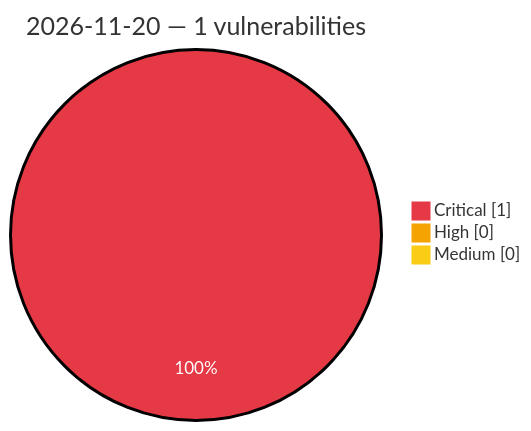
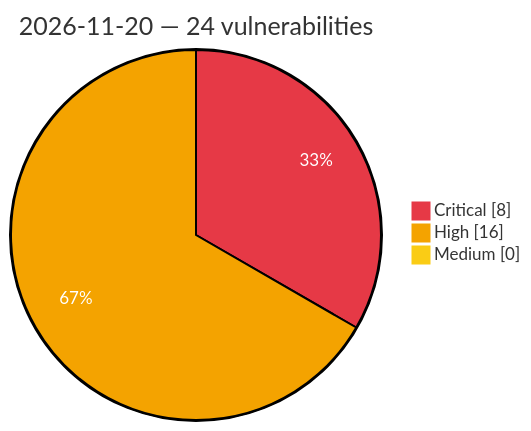
One commit to GhostX0X/vuln-tracker changed the diagram in vulnerabilities/2026/November/2026-11-20.md. Above: the diagram before and after it, drawn with Mermaid. The commit also changed other lines of this file and 5 other files, not shown here.

Commit message:
Auto update: critical/high vulns (2026-11-20 10:30 UTC)

````diff
--- a/vulnerabilities/2026/November/2026-11-20.md
+++ b/vulnerabilities/2026/November/2026-11-20.md
@@ -3,8 +3,8 @@
 ```mermaid
 %%{init: {'theme':'base', 'themeVariables': {'pie1':'#e63946', 'pie2':'#f4a300', 'pie3':'#facc15', 'pieOpacity':'1', 'pieOuterStrokeWidth':'2px', 'pieSectionTextColor':'#ffffff'}}}%%
 pie showData
-    title 2026-11-20 — 1 vulnerabilities
-    "Critical" : 1
-    "High" : 0
+    title 2026-11-20 — 24 vulnerabilities
+    "Critical" : 8
+    "High" : 16
     "Medium" : 0
 ```
````
